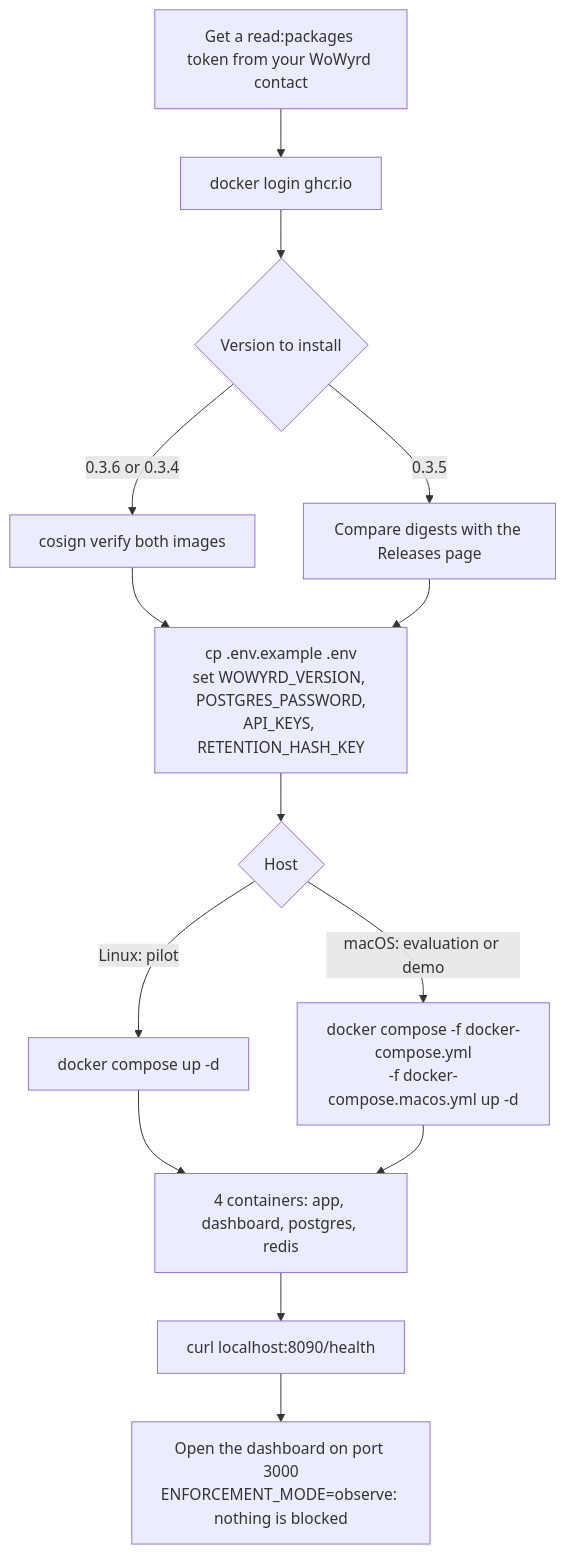
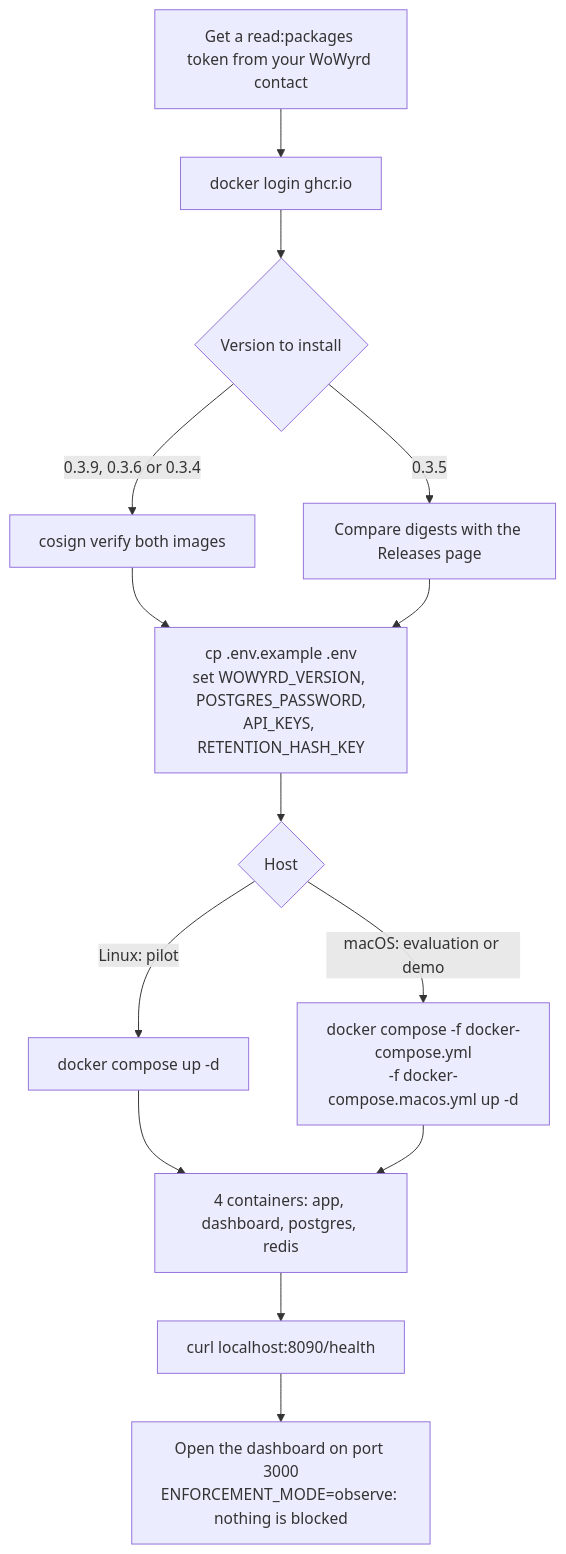
The first of 4 diagrams in INSTALL.md (chavychaze/wowyrd-pub), drawn with Mermaid before and after one commit. The commit also changed other lines of this file and 7 other files, not shown here.

````diff
--- a/INSTALL.md
+++ b/INSTALL.md
@@ -37,16 +38,16 @@
 ```mermaid
 flowchart TD
     A[Get a read:packages token from your WoWyrd contact] --> B[docker login ghcr.io]
     B --> C{Version to install}
-    C -->|0.3.6 or 0.3.4| D[cosign verify both images]
+    C -->|0.3.9, 0.3.6 or 0.3.4| D[cosign verify both images]
     C -->|0.3.5| E[Compare digests with the Releases page]
     D --> F[cp .env.example .env<br/>set WOWYRD_VERSION, POSTGRES_PASSWORD,<br/>API_KEYS, RETENTION_HASH_KEY]
     E --> F
     F --> G{Host}
     G -->|Linux: pilot| H[docker compose up -d]
     G -->|macOS: evaluation or demo| I[docker compose -f docker-compose.yml<br/>-f docker-compose.macos.yml up -d]
     H --> J[4 containers: app, dashboard, postgres, redis]
     I --> J
     J --> K[curl localhost:8090/health]
     K --> L[Open the dashboard on port 3000<br/>ENFORCEMENT_MODE=observe: nothing is blocked]
 ```
````
